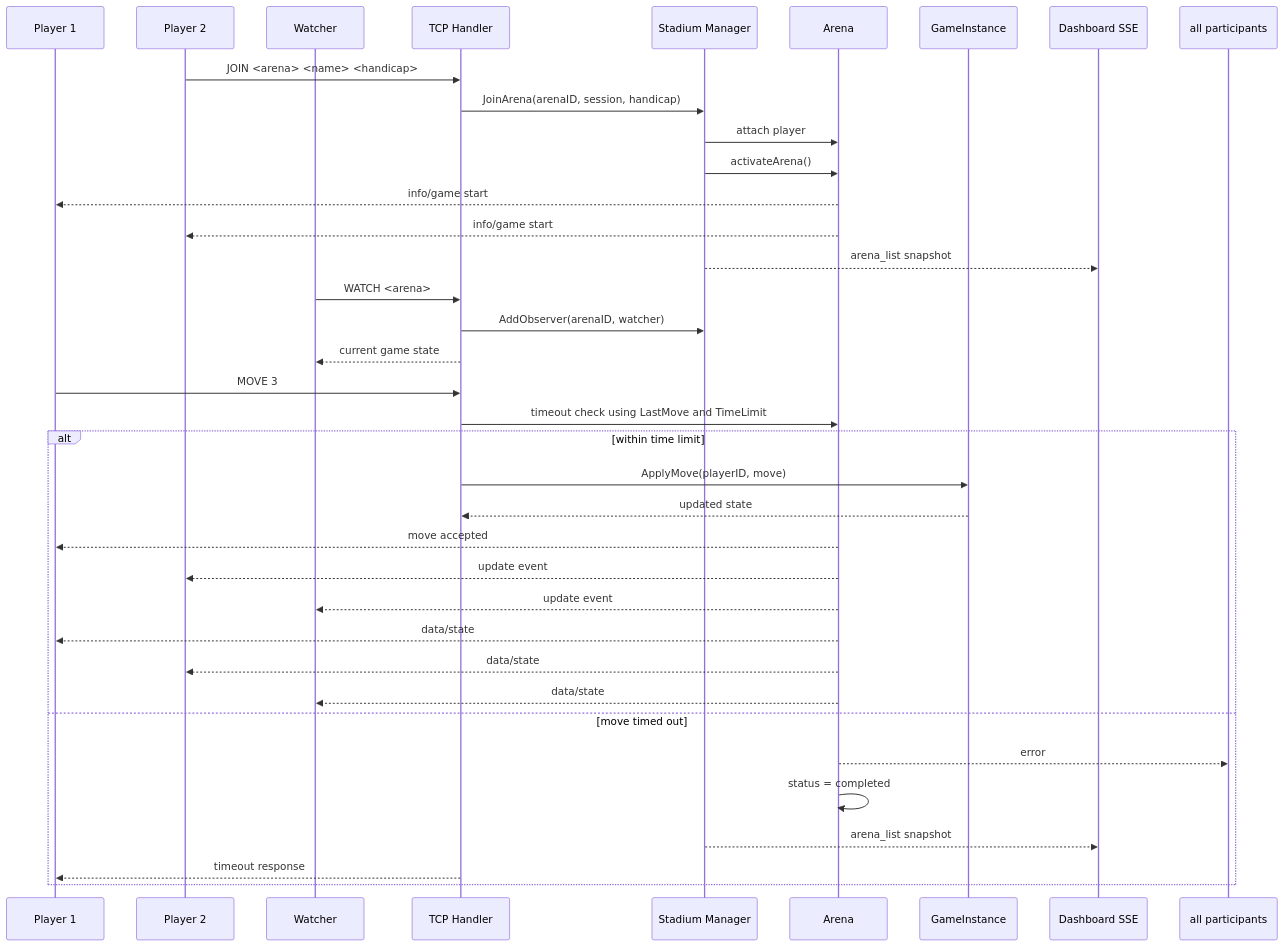
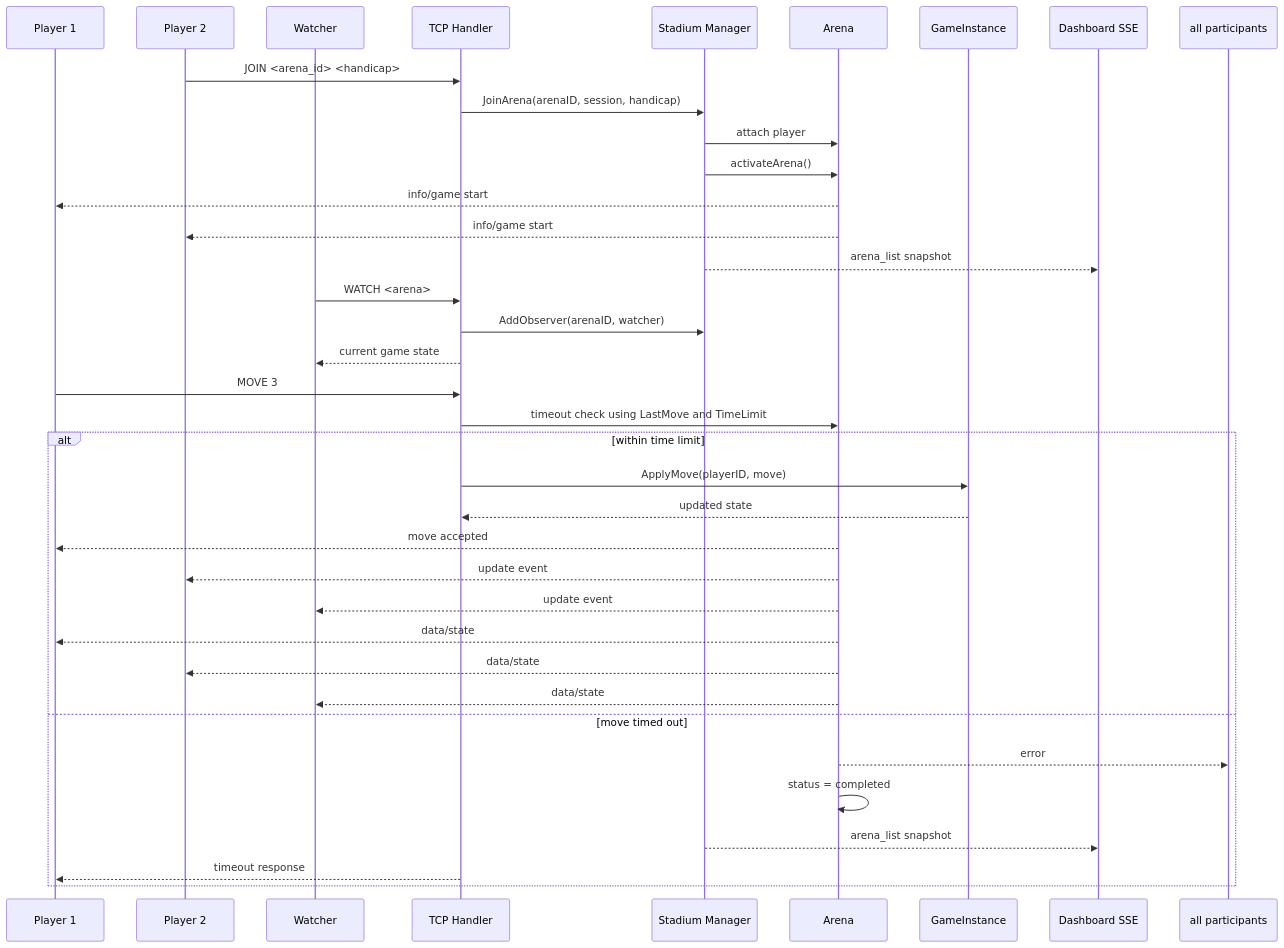
Before and after one commit to JonKirkpatrick/bbs: the third of 5 diagrams in ARCHITECTURE.md, drawn with Mermaid. The commit also changed other lines of this file and 7 other files, not shown here.

````diff
--- a/ARCHITECTURE.md
+++ b/ARCHITECTURE.md
@@ -156,41 +170,41 @@
 ```mermaid
 sequenceDiagram
     participant P1 as Player 1
     participant P2 as Player 2
     participant W as Watcher
     participant TCP as TCP Handler
     participant M as Stadium Manager
     participant A as Arena
     participant G as GameInstance
     participant D as Dashboard SSE
 
-    P2->>TCP: JOIN <arena> <name> <handicap>
+    P2->>TCP: JOIN <arena_id> <handicap>
     TCP->>M: JoinArena(arenaID, session, handicap)
     M->>A: attach player
     M->>A: activateArena()
     A-->>P1: info/game start
     A-->>P2: info/game start
     M-->>D: arena_list snapshot
 
     W->>TCP: WATCH <arena>
     TCP->>M: AddObserver(arenaID, watcher)
     TCP-->>W: current game state
 
     P1->>TCP: MOVE 3
     TCP->>A: timeout check using LastMove and TimeLimit
     alt within time limit
         TCP->>G: ApplyMove(playerID, move)
         G-->>TCP: updated state
         A-->>P1: move accepted
         A-->>P2: update event
         A-->>W: update event
         A-->>P1: data/state
         A-->>P2: data/state
         A-->>W: data/state
     else move timed out
         A-->>all participants: error
         A->>A: status = completed
         M-->>D: arena_list snapshot
         TCP-->>P1: timeout response
     end
 ```
````
